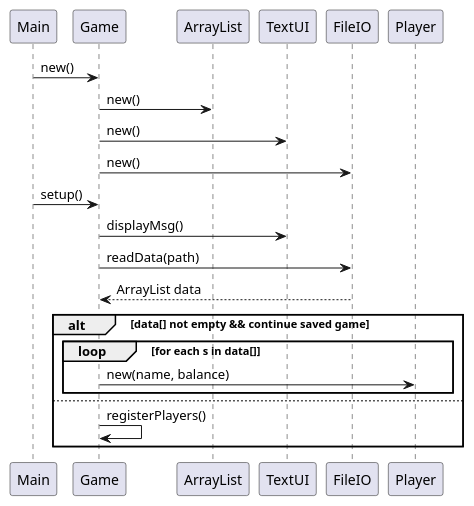
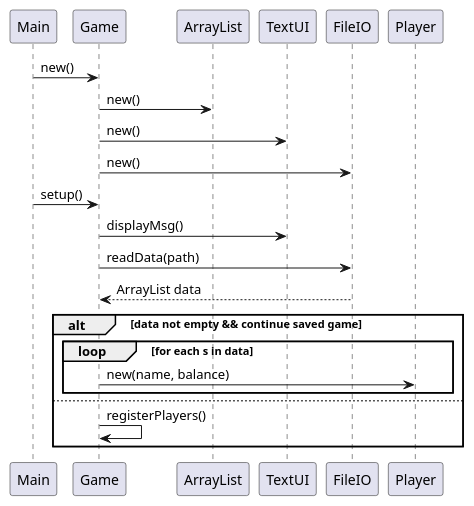
One commit to Dat1Cphbusiness/MonopolyE24 changed the diagram in doc/Plan/dynamic/sequence_uc1_startGame.puml. Above: the diagram before and after it, drawn with PlantUML.

Commit message:
documentation

```diff
--- a/doc/Plan/dynamic/sequence_uc1_startGame.puml
+++ b/doc/Plan/dynamic/sequence_uc1_startGame.puml
@@ -1,26 +1,24 @@
 @startuml
 'https://plantuml.com/sequence-diagram
-
 Main -> Game: new()
 Game -> ArrayList: new()
 Game -> TextUI: new()
 Game -> FileIO: new()
-
 Main -> Game: setup()
 Game -> TextUI: displayMsg()
 Game -> FileIO: readData(path)
 FileIO --> Game: ArrayList data
 'indsæt instansieringer i Game konstruktor
 'indsæt kaldet til setup()
 'indsæt hvad der sker i toppen af setup()
-alt data[] not empty && continue saved game
-loop for each s in data[]
+alt data not empty && continue saved game
+loop for each s in data
 'indsæt hvad der sker i loopet
 Game -> Player: new(name, balance)
 end
 else
 'indsæt kaldet til registerPlayers()
 Game -> Game: registerPlayers()
 end
 
 @enduml
```
